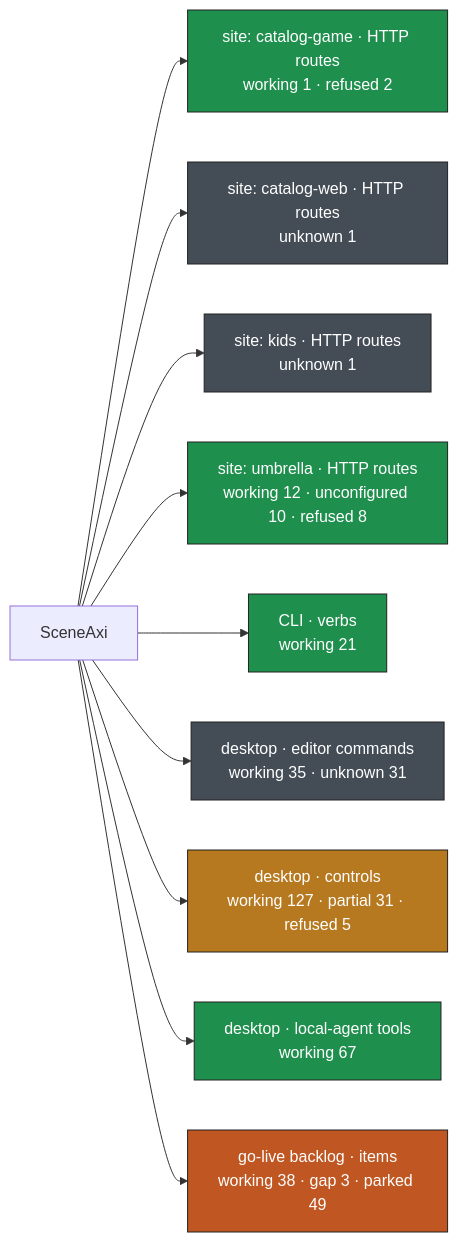
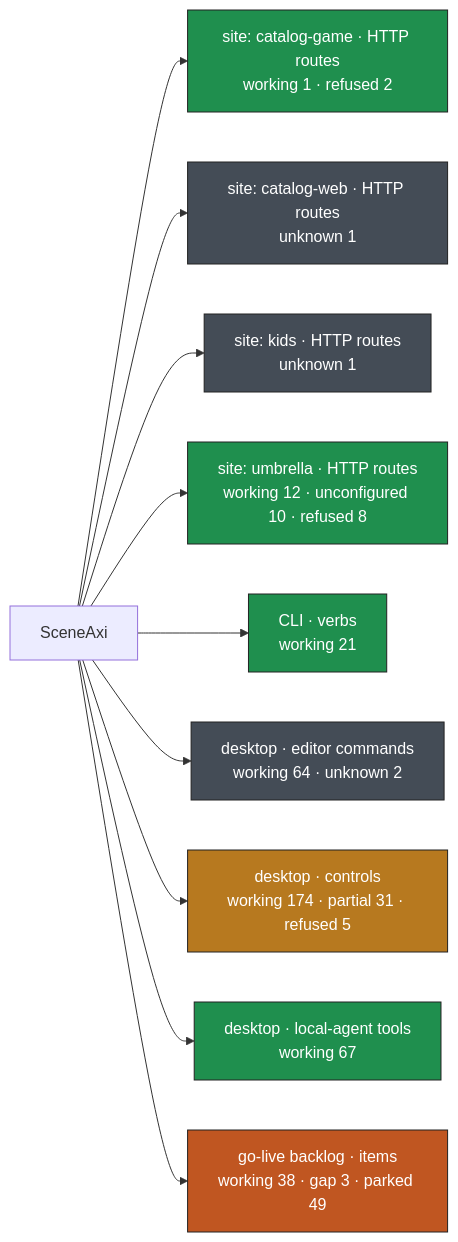
One commit to Vhailors/sceneaxi changed the diagram in docs/audits/surface-map.md. Above: the diagram before and after it, drawn with Mermaid. The commit also changed other lines of this file and 5 other files, not shown here.

Commit message:
fix: prove desktop GUI dispatch and account for camel-case controls

````diff
--- a/docs/audits/surface-map.md
+++ b/docs/audits/surface-map.md
@@ -9,30 +9,30 @@
 ```mermaid
 flowchart LR
   SA["SceneAxi"]
   SA --> site__catalog_game_HTTP_routes["site: catalog-game · HTTP routes<br/>working 1 · refused 2"]
   class site__catalog_game_HTTP_routes working
   SA --> site__catalog_web_HTTP_routes["site: catalog-web · HTTP routes<br/>unknown 1"]
   class site__catalog_web_HTTP_routes unknown
   SA --> site__kids_HTTP_routes["site: kids · HTTP routes<br/>unknown 1"]
   class site__kids_HTTP_routes unknown
   SA --> site__umbrella_HTTP_routes["site: umbrella · HTTP routes<br/>working 12 · unconfigured 10 · refused 8"]
   class site__umbrella_HTTP_routes working
   SA --> CLI_verbs["CLI · verbs<br/>working 21"]
   class CLI_verbs working
-  SA --> desktop_editor_commands["desktop · editor commands<br/>working 35 · unknown 31"]
+  SA --> desktop_editor_commands["desktop · editor commands<br/>working 64 · unknown 2"]
   class desktop_editor_commands unknown
-  SA --> desktop_controls["desktop · controls<br/>working 127 · partial 31 · refused 5"]
+  SA --> desktop_controls["desktop · controls<br/>working 174 · partial 31 · refused 5"]
   class desktop_controls partial
   SA --> desktop_local_agent_tools["desktop · local-agent tools<br/>working 67"]
   class desktop_local_agent_tools working
   SA --> go_live_backlog_items["go-live backlog · items<br/>working 38 · gap 3 · parked 49"]
   class go_live_backlog_items gap
   classDef working fill:#1f8f4e,color:#fff,stroke:#222
   classDef partial fill:#b7791f,color:#fff,stroke:#222
   classDef unconfigured fill:#5a6b85,color:#fff,stroke:#222
   classDef refused fill:#6b5aa6,color:#fff,stroke:#222
   classDef gap fill:#c05621,color:#fff,stroke:#222
   classDef parked fill:#8a8f98,color:#fff,stroke:#222
   classDef unknown fill:#444c56,color:#fff,stroke:#222
   classDef broken fill:#c53030,color:#fff,stroke:#222
 ```
````
